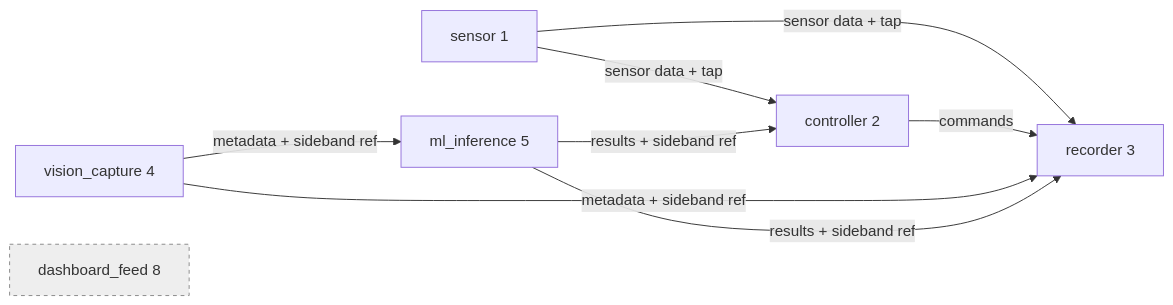
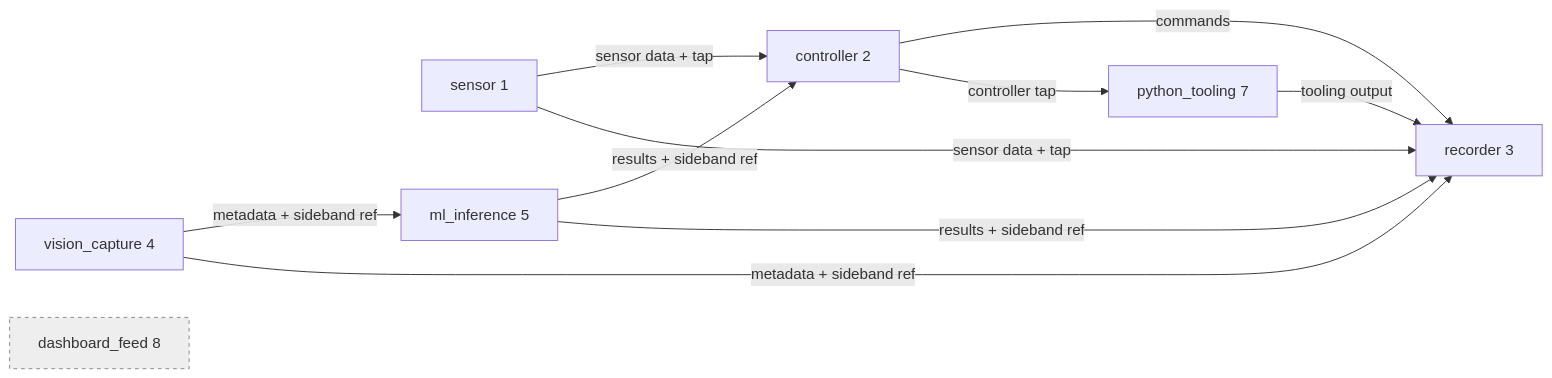
Before and after one commit to sbow/RoboticsIpcModule: the diagram in docs/deployment-profiles.md, drawn with Mermaid. The commit also changed other lines of this file and 19 other files, not shown here.

````diff
--- a/docs/deployment-profiles.md
+++ b/docs/deployment-profiles.md
@@ -35,20 +36,23 @@
 ```mermaid
 flowchart LR
   S[sensor 1]
   C[controller 2]
   REC[recorder 3]
   V[vision_capture 4]
   ML[ml_inference 5]
+  PY[python_tooling 7]
   DASH[dashboard_feed 8]
 
   S -->|sensor data + tap| C
   S -->|sensor data + tap| REC
   C -->|commands| REC
+  C -->|controller tap| PY
   V -->|metadata + sideband ref| ML
   V -->|metadata + sideband ref| REC
   ML -->|results + sideband ref| C
   ML -->|results + sideband ref| REC
+  PY -->|tooling output| REC
 
   DASH:::sketch
   classDef sketch fill:#eee,stroke:#888,stroke-dasharray:4 4
 ```
````
